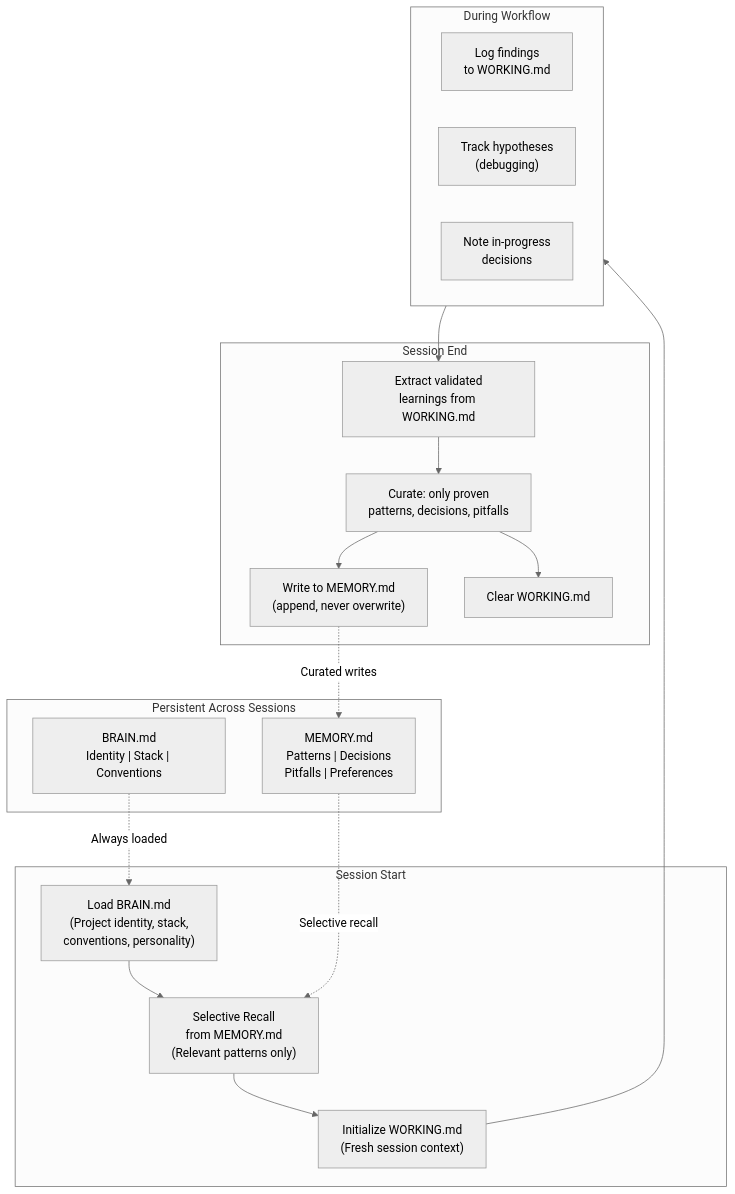
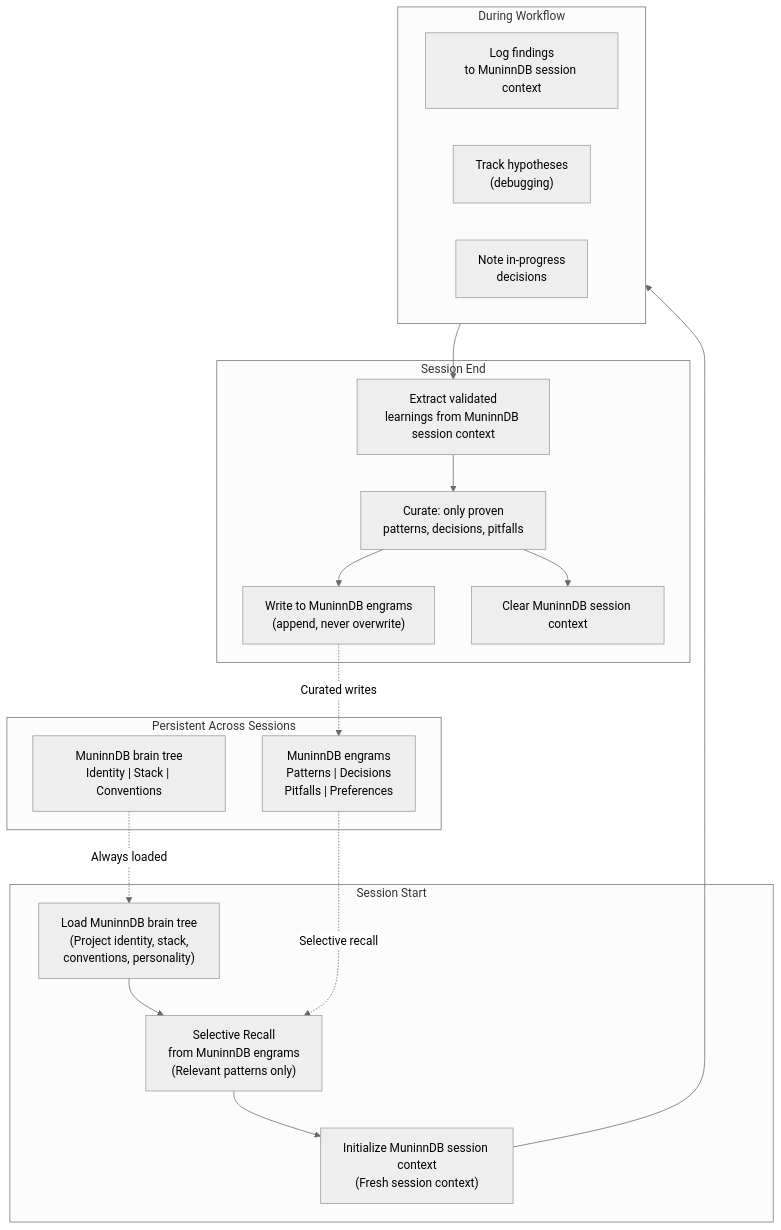
The fifth of 12 diagrams in docs/agent-framework/luca/framework-diagram.md (asibilia/luca-framework), drawn with Mermaid (neutral theme) before and after one commit. The commit also changed other lines of this file and 820 other files, not shown here.

````diff
--- a/docs/agent-framework/luca/framework-diagram.md
+++ b/docs/agent-framework/luca/framework-diagram.md
@@ -290,35 +290,35 @@
 ```mermaid
 flowchart TB
     subgraph SessionStart["Session Start"]
-        LOAD_BRAIN["Load BRAIN.md<br/>(Project identity, stack,<br/>conventions, personality)"]
-        RECALL["Selective Recall<br/>from MEMORY.md<br/>(Relevant patterns only)"]
-        INIT_WORK["Initialize WORKING.md<br/>(Fresh session context)"]
+        LOAD_BRAIN["Load MuninnDB brain tree<br/>(Project identity, stack,<br/>conventions, personality)"]
+        RECALL["Selective Recall<br/>from MuninnDB engrams<br/>(Relevant patterns only)"]
+        INIT_WORK["Initialize MuninnDB session context<br/>(Fresh session context)"]
     end
 
     subgraph During["During Workflow"]
-        LOG_FINDINGS["Log findings<br/>to WORKING.md"]
+        LOG_FINDINGS["Log findings<br/>to MuninnDB session context"]
         LOG_HYPOTHESES["Track hypotheses<br/>(debugging)"]
         LOG_PROGRESS["Note in-progress<br/>decisions"]
     end
 
     subgraph SessionEnd["Session End"]
-        EXTRACT["Extract validated<br/>learnings from WORKING.md"]
+        EXTRACT["Extract validated<br/>learnings from MuninnDB session context"]
         CURATE["Curate: only proven<br/>patterns, decisions, pitfalls"]
-        UPDATE_MEM["Write to MEMORY.md<br/>(append, never overwrite)"]
-        CLEAR_WORK["Clear WORKING.md"]
+        UPDATE_MEM["Write to MuninnDB engrams<br/>(append, never overwrite)"]
+        CLEAR_WORK["Clear MuninnDB session context"]
     end
 
     subgraph Persistent["Persistent Across Sessions"]
-        BRAIN_FILE["BRAIN.md<br/>Identity | Stack | Conventions"]
-        MEMORY_FILE["MEMORY.md<br/>Patterns | Decisions<br/>Pitfalls | Preferences"]
+        BRAIN_FILE["MuninnDB brain tree<br/>Identity | Stack | Conventions"]
+        MEMORY_FILE["MuninnDB engrams<br/>Patterns | Decisions<br/>Pitfalls | Preferences"]
     end
 
     LOAD_BRAIN --> RECALL --> INIT_WORK
     INIT_WORK --> During
     During --> EXTRACT --> CURATE --> UPDATE_MEM
     CURATE --> CLEAR_WORK
 
     BRAIN_FILE -.->|"Always loaded"| LOAD_BRAIN
     MEMORY_FILE -.->|"Selective recall"| RECALL
     UPDATE_MEM -.->|"Curated writes"| MEMORY_FILE
 ```
````
